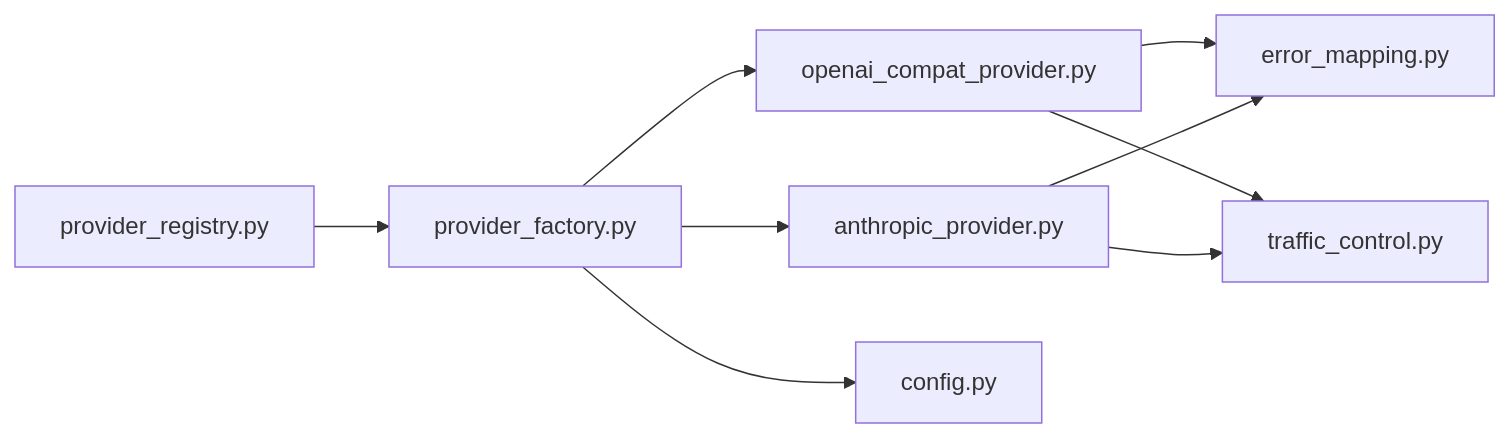
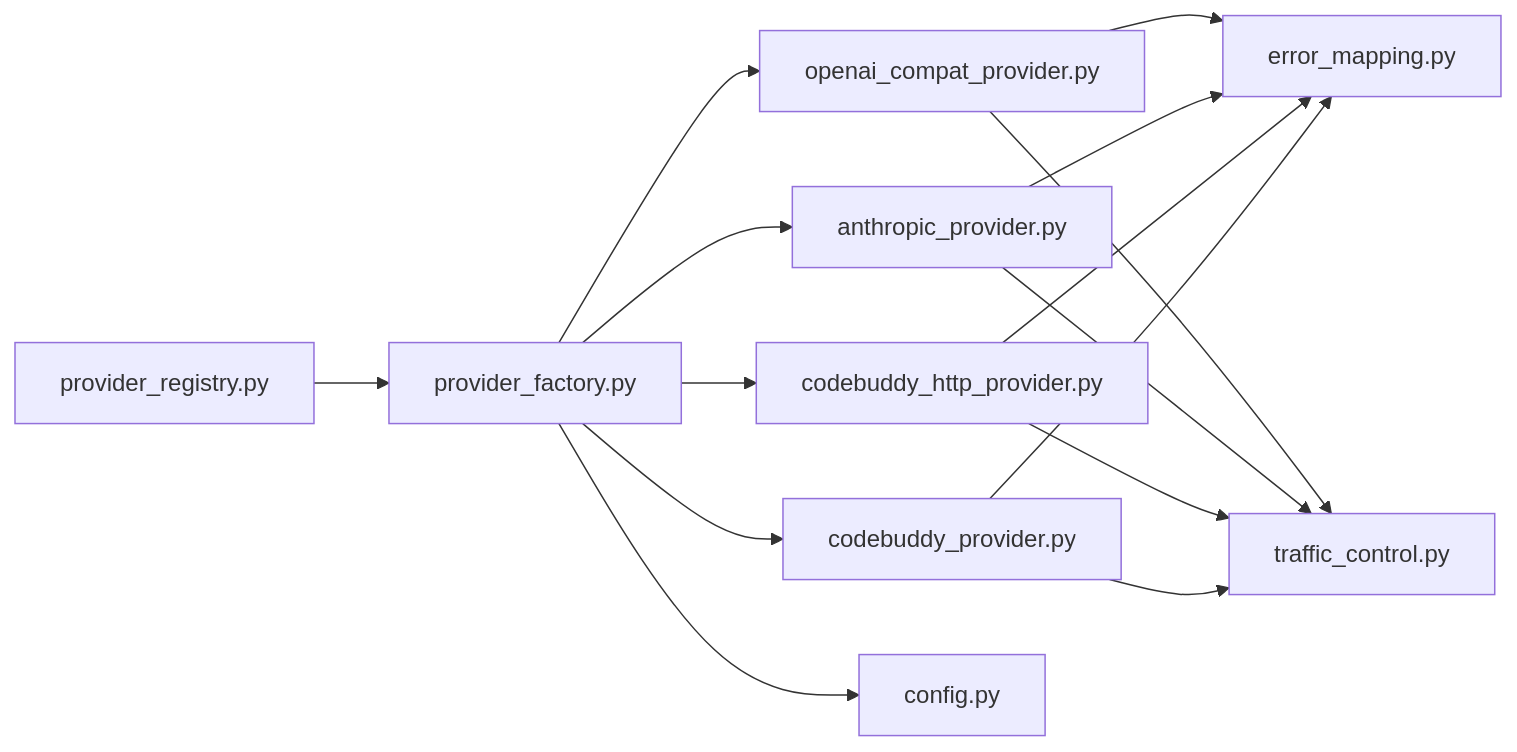
Before and after one commit to gongzili456/DeepTutor: the eighth of 8 diagrams in .qoder/repowiki/zh/content/配置管理/模型目录配置/模型提供商支持/模型提供商支持.md, drawn with Mermaid. The commit also changed other lines of this file and 289 other files, not shown here.

````diff
--- a/.qoder/repowiki/zh/content/配置管理/模型目录配置/模型提供商支持/模型提供商支持.md
+++ b/.qoder/repowiki/zh/content/配置管理/模型目录配置/模型提供商支持/模型提供商支持.md
@@ -325,11 +411,17 @@
 ```mermaid
 graph LR
 REG["provider_registry.py"] --> FAC["provider_factory.py"]
 FAC --> OCP["openai_compat_provider.py"]
 FAC --> AP["anthropic_provider.py"]
+FAC --> CBHP["codebuddy_http_provider.py"]
+FAC --> CBP["codebuddy_provider.py"]
 FAC --> CFG["config.py"]
 OCP --> ERR["error_mapping.py"]
 AP --> ERR
+CBHP --> ERR
+CBP --> ERR
 OCP --> TC["traffic_control.py"]
 AP --> TC
+CBHP --> TC
+CBP --> TC
 ```
````
